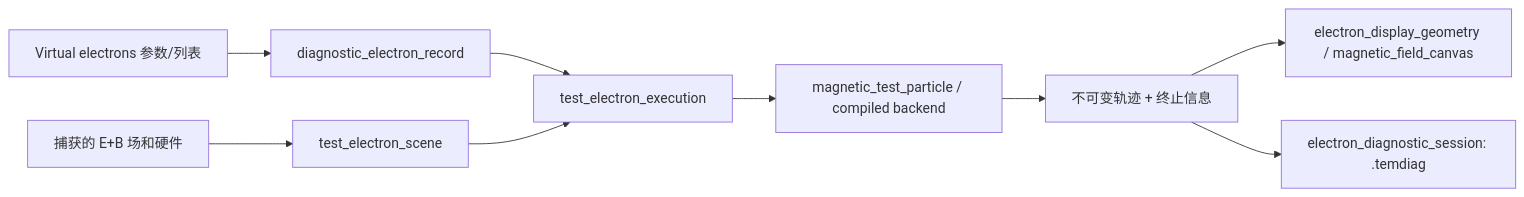
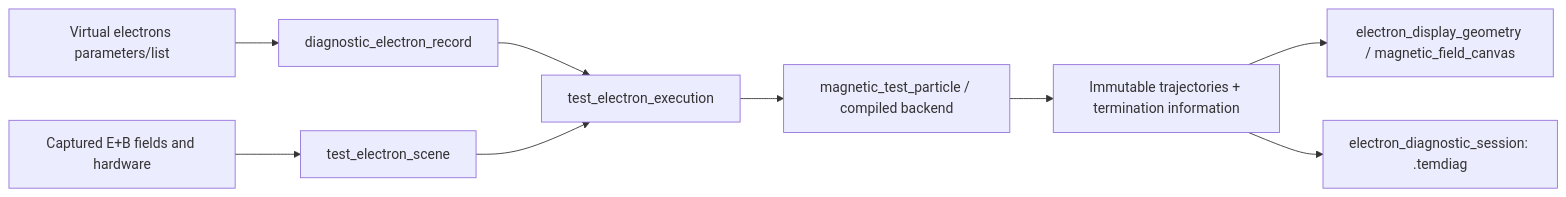
The second of 2 diagrams in docs/PROJECT_MAP.md (MagNetiCLLLL/TEM-Design-and-Simulation), drawn with Mermaid before and after one commit. The commit also changed other lines of this file and 129 other files, not shown here.

````diff
--- a/docs/PROJECT_MAP.md
+++ b/docs/PROJECT_MAP.md
@@ -184,11 +184,11 @@
 ```mermaid
 flowchart LR
-    Panel[Virtual electrons 参数/列表] --> Record[diagnostic_electron_record]
-    Fields[捕获的 E+B 场和硬件] --> Scene[test_electron_scene]
+    Panel[Virtual electrons parameters/list] --> Record[diagnostic_electron_record]
+    Fields[Captured E+B fields and hardware] --> Scene[test_electron_scene]
     Record --> Worker[test_electron_execution]
     Scene --> Worker
     Worker --> Trace[magnetic_test_particle / compiled backend]
-    Trace --> Path[不可变轨迹 + 终止信息]
+    Trace --> Path[Immutable trajectories + termination information]
     Path --> Draw[electron_display_geometry / magnetic_field_canvas]
     Path --> Session[electron_diagnostic_session: .temdiag]
 ```
````
